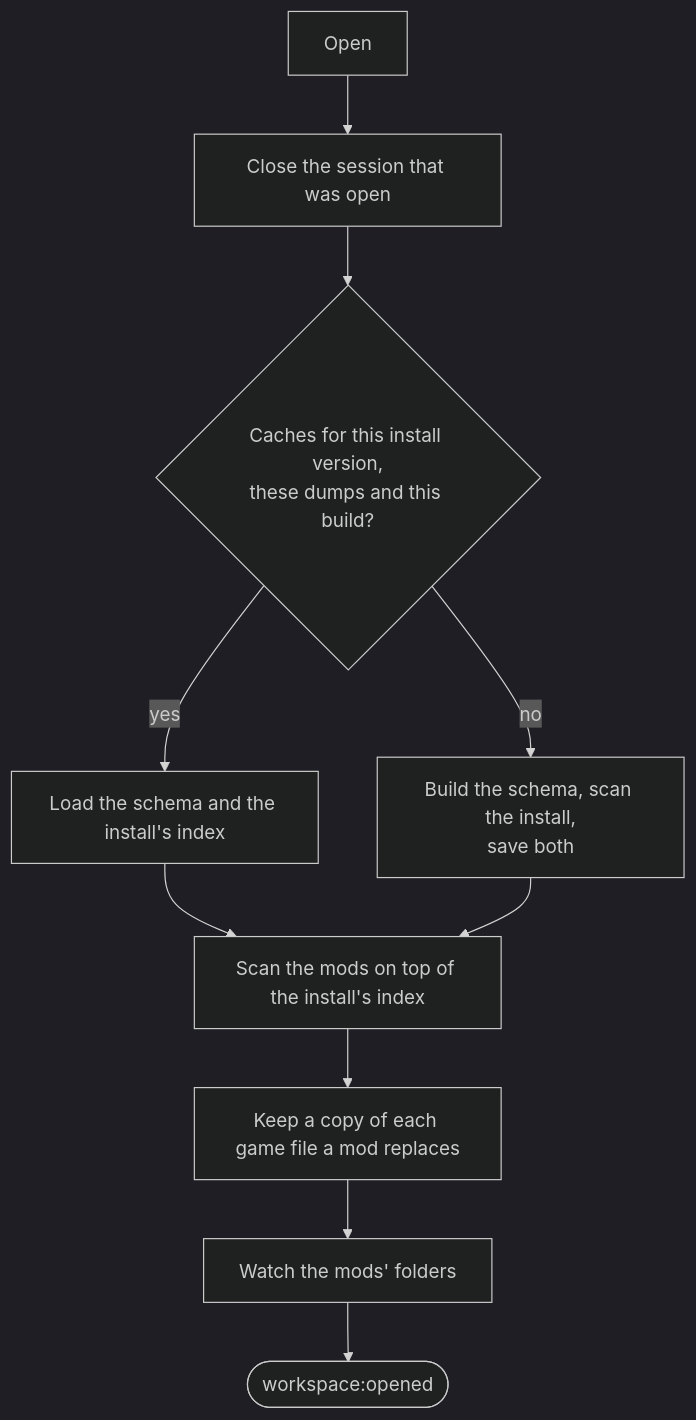
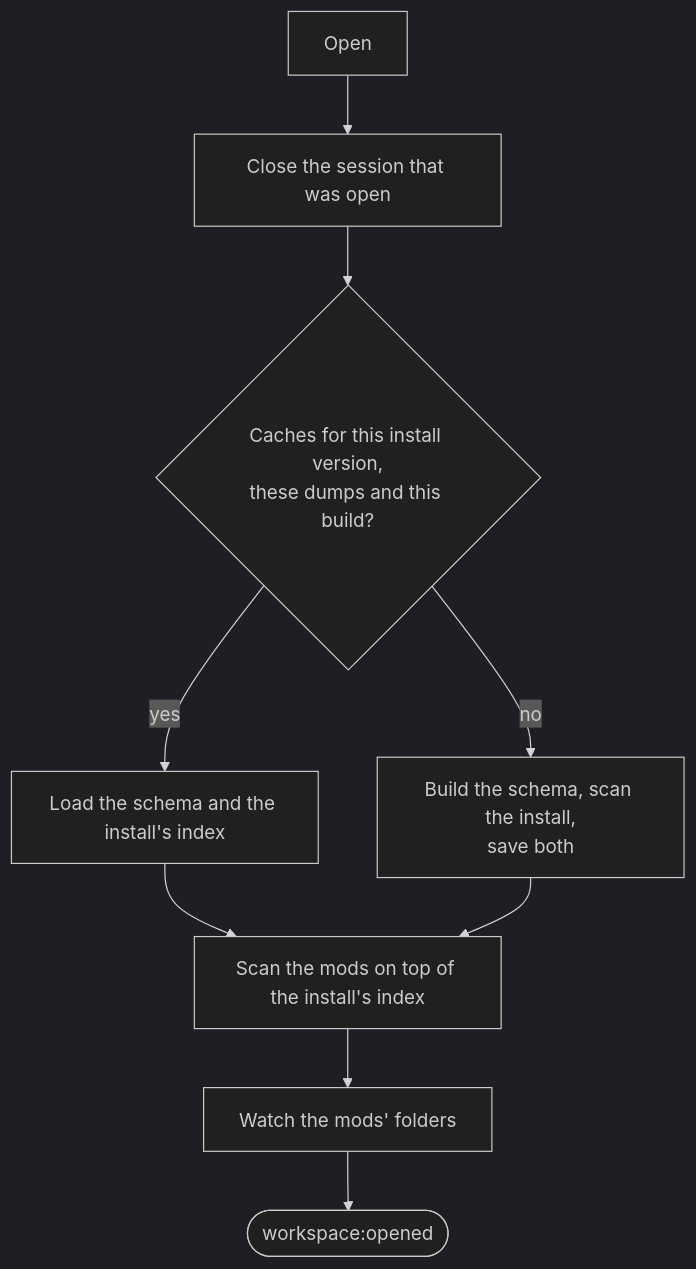
The first of 2 diagrams in services/workspace/README.md (idodavis/paradox-modding-tools), drawn with Mermaid (dark theme) before and after one commit. The commit also changed other lines of this file and 80 other files, not shown here.

````diff
--- a/services/workspace/README.md
+++ b/services/workspace/README.md
@@ -23,12 +23,11 @@
 ```mermaid
 flowchart TD
   open["Open"] --> close["Close the session that was open"]
   close --> fresh{"Caches for this install version,<br/>these dumps and this build?"}
   fresh -->|yes| load["Load the schema and the install's index"]
   fresh -->|no| build["Build the schema, scan the install,<br/>save both"]
   load --> mods["Scan the mods on top of the install's index"]
   build --> mods
-  mods --> copies["Keep a copy of each game file a mod replaces"]
-  copies --> watch["Watch the mods' folders"]
+  mods --> watch["Watch the mods' folders"]
   watch --> opened(["workspace:opened"])
 ```
````
